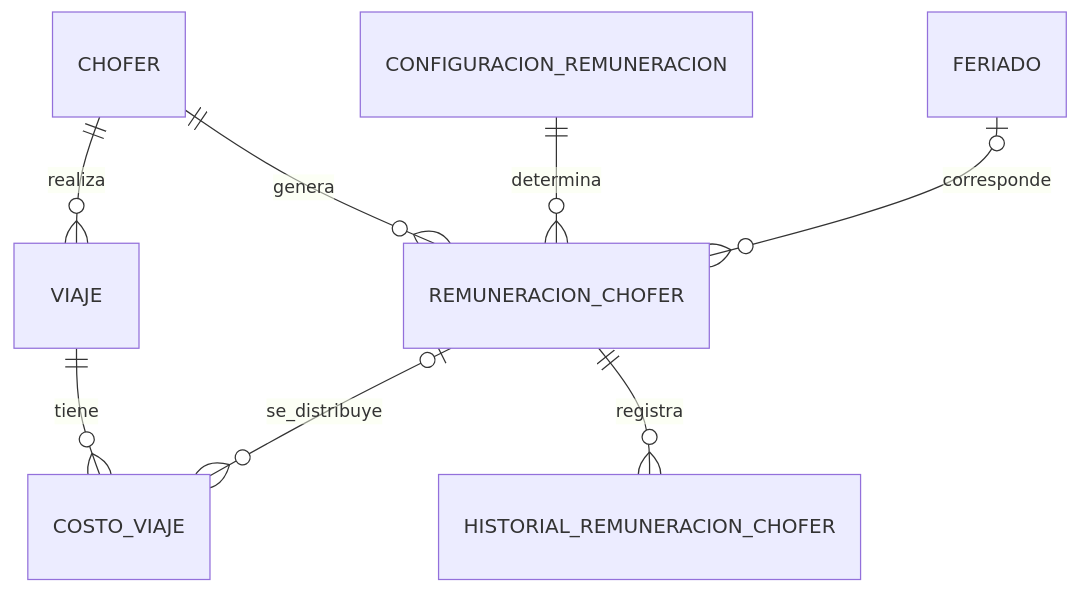
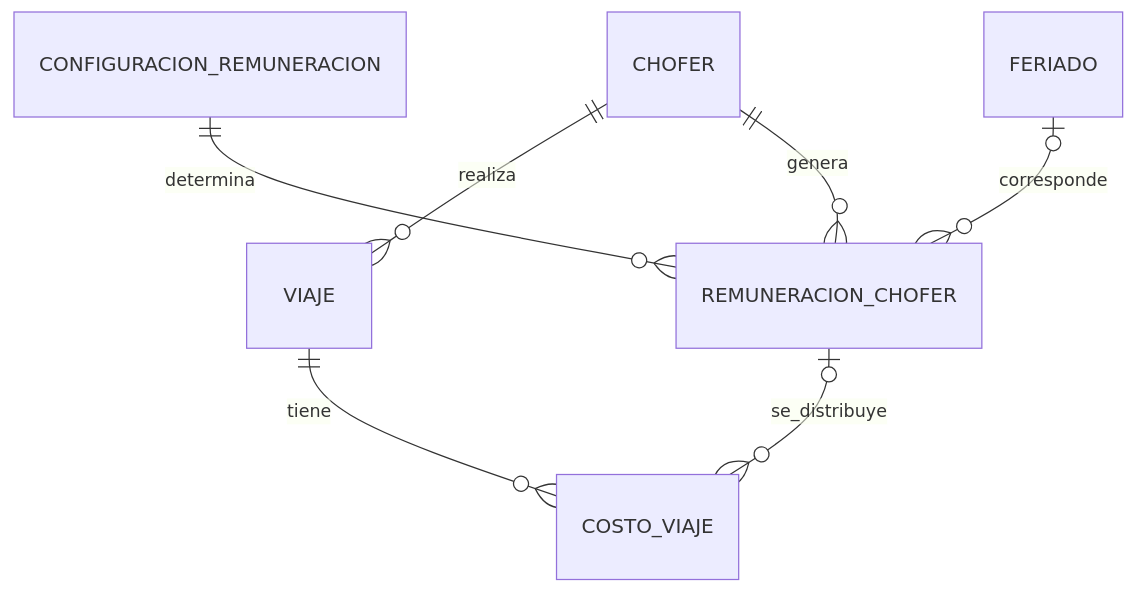
Before and after one commit to diegowar2525/Capecomsil: the diagram in database/MER_REMUNERACIONES.md, drawn with Mermaid. The commit also changed other lines of this file and 9 other files, not shown here.

````diff
--- a/database/MER_REMUNERACIONES.md
+++ b/database/MER_REMUNERACIONES.md
@@ -97,10 +84,9 @@
 ```mermaid
 erDiagram
     CHOFER ||--o{ VIAJE : realiza
     CHOFER ||--o{ REMUNERACION_CHOFER : genera
     CONFIGURACION_REMUNERACION ||--o{ REMUNERACION_CHOFER : determina
     FERIADO o|--o{ REMUNERACION_CHOFER : corresponde
     REMUNERACION_CHOFER o|--o{ COSTO_VIAJE : se_distribuye
     VIAJE ||--o{ COSTO_VIAJE : tiene
-    REMUNERACION_CHOFER ||--o{ HISTORIAL_REMUNERACION_CHOFER : registra
 ```
````
